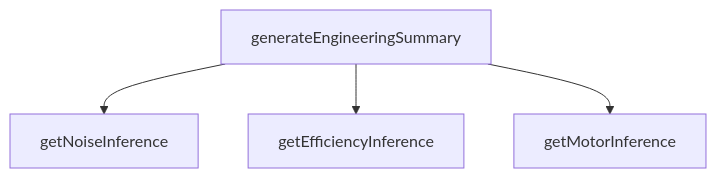
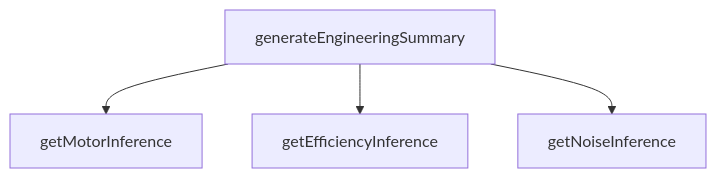
One commit to peckop/venthub-hvac-esite changed the diagram in src/utils/engineeringIntelligence.md. Above: the diagram before and after it, drawn with Mermaid. The commit also changed other lines of this file and 113 other files, not shown here.

````diff
--- a/src/utils/engineeringIntelligence.md
+++ b/src/utils/engineeringIntelligence.md
@@ -95,10 +120,10 @@
 ```mermaid
 graph TD
     engineeringIntelligence_ts__generateEngineeringSummary["generateEngineeringSummary"]
     engineeringIntelligence_ts__getEfficiencyInference["getEfficiencyInference"]
     engineeringIntelligence_ts__getMotorInference["getMotorInference"]
     engineeringIntelligence_ts__getNoiseInference["getNoiseInference"]
+    engineeringIntelligence_ts__generateEngineeringSummary --> engineeringIntelligence_ts__getMotorInference
+    engineeringIntelligence_ts__generateEngineeringSummary --> engineeringIntelligence_ts__getEfficiencyInference
     engineeringIntelligence_ts__generateEngineeringSummary --> engineeringIntelligence_ts__getNoiseInference
-    engineeringIntelligence_ts__generateEngineeringSummary --> engineeringIntelligence_ts__getEfficiencyInference
-    engineeringIntelligence_ts__generateEngineeringSummary --> engineeringIntelligence_ts__getMotorInference
 ```
````
